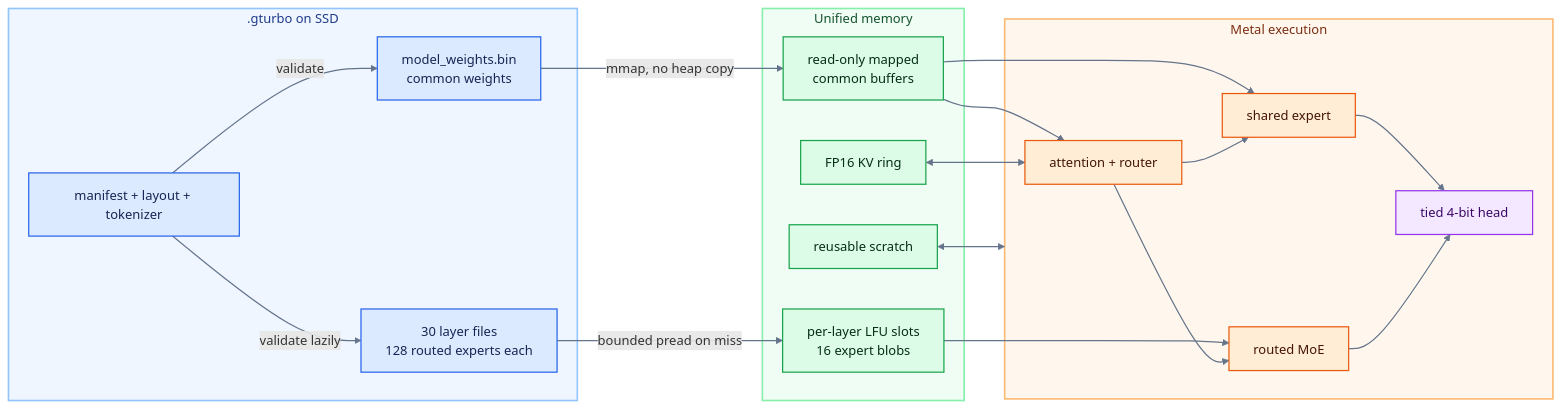
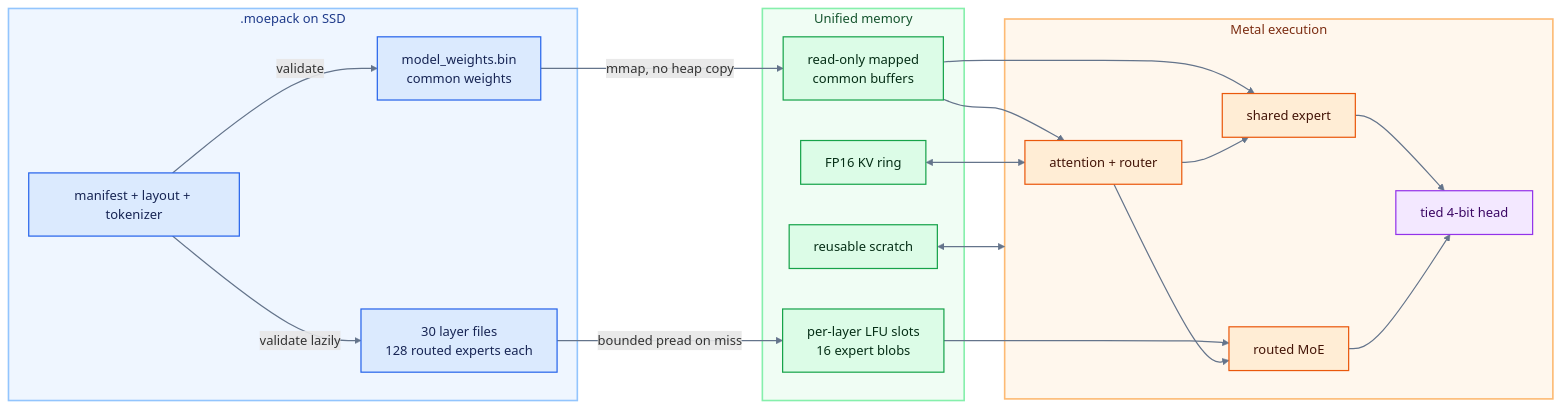
One commit to he-be/tsugumi changed the first of 2 diagrams in docs/SYSTEM_DESIGN.md. Above: the diagram before and after it, drawn with Mermaid. The commit also changed other lines of this file and 1087 other files, not shown here.

````diff
--- a/docs/SYSTEM_DESIGN.md
+++ b/docs/SYSTEM_DESIGN.md
@@ -234,50 +234,50 @@
 ```mermaid
 flowchart LR
-    subgraph Disk[".gturbo on SSD"]
+    subgraph Disk[".moepack on SSD"]
         MW["model_weights.bin\ncommon weights"]
         LF["30 layer files\n128 routed experts each"]
         MF["manifest + layout + tokenizer"]
     end
 
     subgraph Memory["Unified memory"]
         RB["read-only mapped\ncommon buffers"]
         EC["per-layer LFU slots\n16 expert blobs"]
         KV["FP16 KV ring"]
         WS["reusable scratch"]
     end
 
     subgraph GPU["Metal execution"]
         AT["attention + router"]
         SE["shared expert"]
         RE["routed MoE"]
         HD["tied 4-bit head"]
     end
 
     MF -->|validate| MW
     MF -->|validate lazily| LF
     MW -->|mmap, no heap copy| RB
     LF -->|bounded pread on miss| EC
     RB --> AT
     RB --> SE
     EC --> RE
     KV <--> AT
     WS <--> GPU
     AT --> SE
     AT --> RE
     SE --> HD
     RE --> HD
 
     classDef disk fill:#DBEAFE,stroke:#2563EB,color:#172554,stroke-width:1.5px;
     classDef memory fill:#DCFCE7,stroke:#16A34A,color:#052E16,stroke-width:1.5px;
     classDef compute fill:#FFEDD5,stroke:#EA580C,color:#431407,stroke-width:1.5px;
     classDef output fill:#F3E8FF,stroke:#9333EA,color:#3B0764,stroke-width:1.5px;
     class MF,MW,LF disk;
     class RB,KV,EC,WS memory;
     class AT,SE,RE compute;
     class HD output;
 
     style Disk fill:#EFF6FF,stroke:#93C5FD,color:#1E3A8A,stroke-width:2px
     style Memory fill:#F0FDF4,stroke:#86EFAC,color:#14532D,stroke-width:2px
     style GPU fill:#FFF7ED,stroke:#FDBA74,color:#7C2D12,stroke-width:2px
     linkStyle default stroke:#64748B,stroke-width:1.5px
 ```
````
